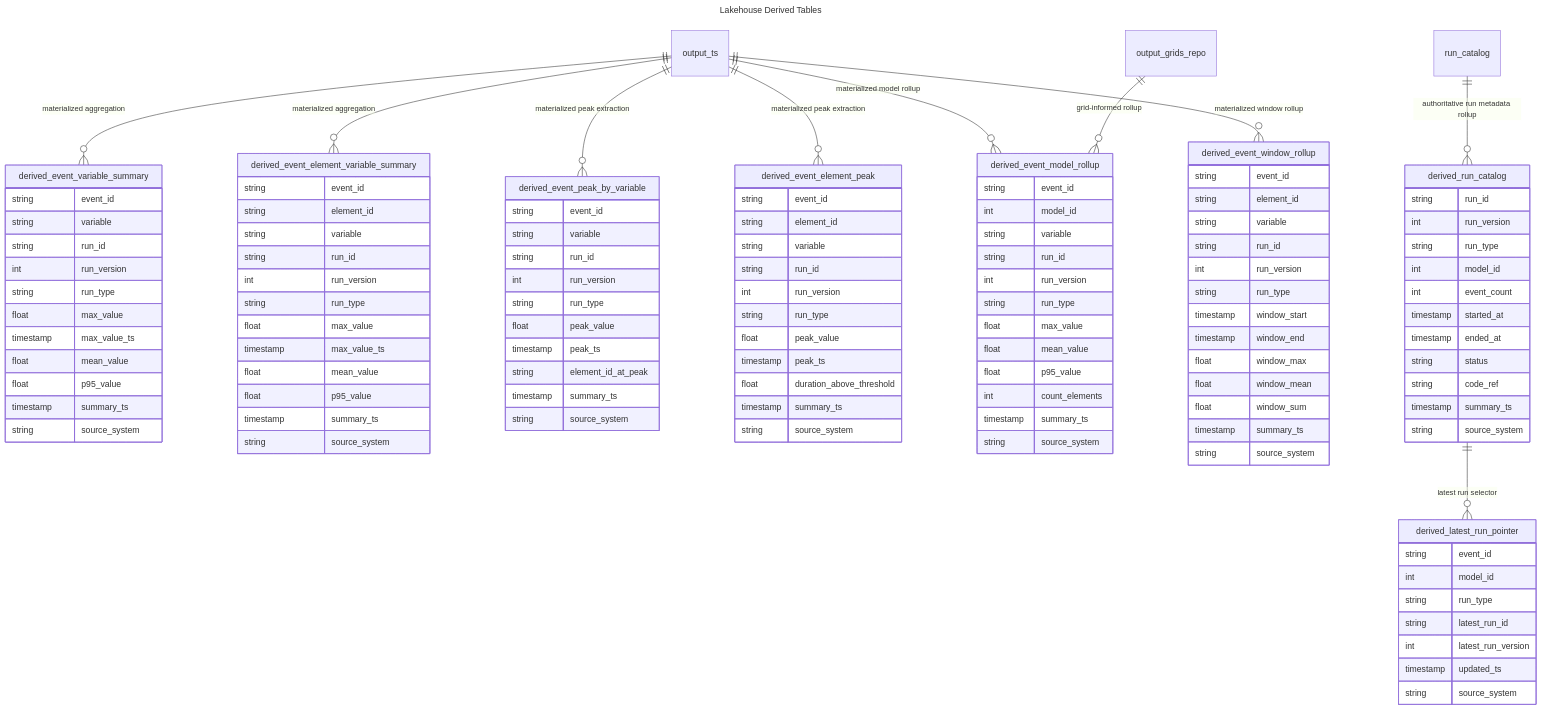
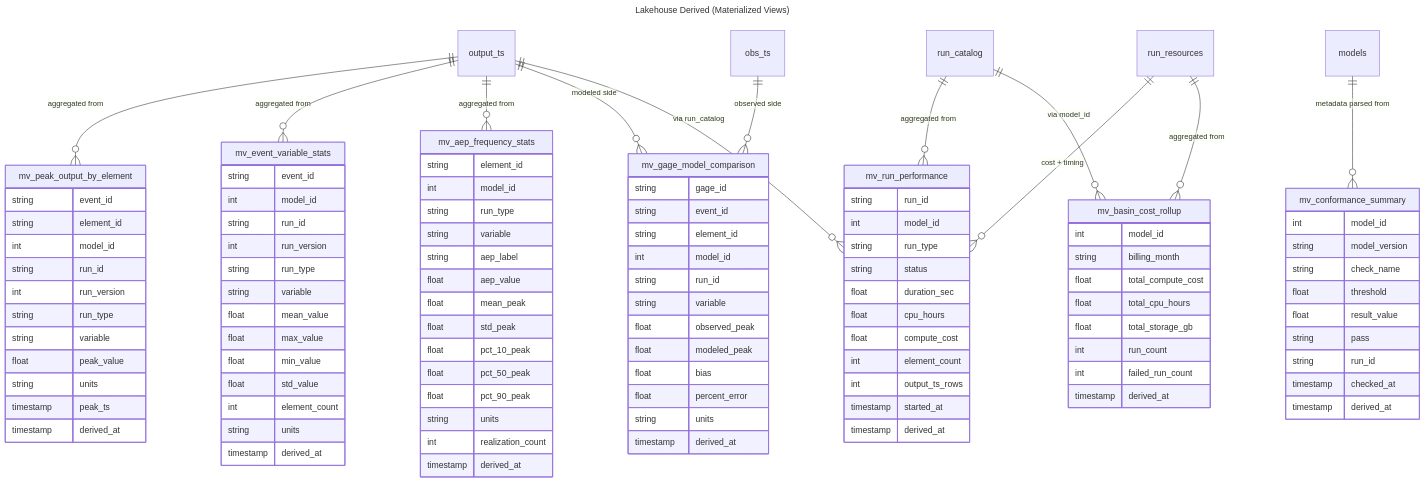
The diagram in lakehouse/derived.mmd (fema-ffrd/ffrd-data-model), drawn with Mermaid before and after one commit. The commit also changed 11 other files, not shown here.

```diff
--- a/lakehouse/derived.mmd
+++ b/lakehouse/derived.mmd
@@ -1,154 +1,179 @@
 ---
-title: Lakehouse Derived Tables
+title: Lakehouse Derived (Materialized Views)
 ---
 
 erDiagram
-    %% This diagram contains only derived/materialized tables.
-    %% These are regenerated from source-of-truth tables and are not authoritative raw records.
-    %% Source lineage:
-    %%  - output_ts is the primary source for all variable summaries.
-    %%  - output_grids_repo can contribute to derived grid-level summaries.
-    %%  - run_catalog is the authoritative source for run metadata.
-    %% Physical design:
-    %%  - derived_event_variable_summary: partition bucket(512, event_id), variable; sort event_id, variable, run_type, run_version
-    %%  - derived_event_element_variable_summary: partition bucket(512, event_id), variable; sort event_id, element_id, variable, run_type, run_version
-    %%  - derived_event_peak_by_variable: partition bucket(512, event_id), variable; sort event_id, variable, run_type, run_version
-    %%  - derived_event_element_peak: partition bucket(512, event_id), variable; sort event_id, element_id, variable, run_type, run_version
-    %%  - derived_event_model_rollup: partition bucket(512, event_id), variable; sort event_id, model_id, variable, run_type, run_version
-    %%  - derived_event_window_rollup: partition bucket(512, event_id), variable; sort event_id, element_id, variable, window_start
-    %%  - derived_run_catalog: partition run_type; sort run_type, model_id, started_at
-    %%  - derived_latest_run_pointer: partition run_type; sort event_id, model_id, run_type
-    %% Freshness and rebuild guidance:
-    %%  - Rebuild cadence: per completed run (incremental by run_id) or by run batch...TBD.
-    %%  - Late data handling: overwrite/merge by run_id + run_version.
-    %%  - Derived tables are safe to fully regenerate when logic changes.
+    %% Derived tables are materialized from source Iceberg tables.
+    %% They are NOT source-of-truth — they are read-optimized aggregations regenerated on demand.
+    %% Each table notes: source tables, refresh trigger, partition/sort strategy, and user stories served.
+    %% mv_peak_output_by_element
+    %%   Source: output_ts
+    %%   Grain: one row per (event_id, element_id, variable, run_id, run_version)
+    %%   Refresh: after each run_catalog batch commit
+    %%   Partition: bucket(512, event_id), variable
+    %%   Sort: event_id, element_id, variable
+    %%   Stories: 15 (obs vs modeled), 24 (HMS vs RAS flows), 28 (trace hazard contributors)
+    %% mv_event_variable_stats
+    %%   Source: output_ts
+    %%   Grain: one row per (event_id, variable, run_type, run_version)
+    %%   Refresh: after each run batch commit
+    %%   Partition: bucket(512, event_id), variable
+    %%   Sort: event_id, variable, run_type, run_version
+    %%   Stories: 6 (event filtering stats), 32 (basin-level risk summary)
+    %% mv_aep_frequency_stats
+    %%   Source: output_ts joined to events (realization_id)
+    %%   Grain: one row per (element_id, variable, aep_label, run_type)
+    %%   Refresh: after full realization ensemble is committed
+    %%   Partition: variable, aep_label
+    %%   Sort: element_id, variable, aep_label
+    %%   Stories: 28 (trace hazard result), 31 (uncertainty bounds), 32 (standard frequency risk)
+    %% mv_gage_model_comparison
+    %%   Source: output_ts joined to obs_ts via model_elements.gage_id
+    %%   Grain: one row per (gage_id, event_id, variable, run_id)
+    %%   Refresh: when obs_ts or output_ts are updated for co-located gages
+    %%   Partition: bucket(256, gage_id), variable
+    %%   Sort: gage_id, variable, event_id
+    %%   Stories: 15 (observed vs computed comparison)
+    %% mv_run_performance
+    %%   Source: run_catalog joined to run_resources
+    %%   Grain: one row per (run_id, model_id)
+    %%   Refresh: after each run_catalog + run_resources write
+    %%   Partition: run_type, status
+    %%   Sort: model_id, started_at
+    %%   Stories: 2 (reliability and performance), 3 (hotfix identification)
+    %% mv_basin_cost_rollup
+    %%   Source: run_resources joined to run_catalog and models
+    %%   Grain: one row per (model_id, billing_month)
+    %%   Refresh: daily or on-demand
+    %%   Partition: billing_month
+    %%   Sort: model_id, billing_month
+    %%   Stories: 4 (basin cost, MTD spend, projected cost)
+    %% mv_conformance_summary
+    %%   Source: models.metadata_json (parsed) joined to run_catalog
+    %%   Grain: one row per (model_id, model_version, check_name)
+    %%   Refresh: when model metadata is updated after conformance gate review
+    %%   Partition: model_id
+    %%   Sort: model_id, model_version, check_name
+    %%   Stories: 5 (conformance pass/fail per basin and check)
 
-    output_ts ||--o{ derived_event_variable_summary : "materialized aggregation"
-    output_ts ||--o{ derived_event_element_variable_summary : "materialized aggregation"
-    output_ts ||--o{ derived_event_peak_by_variable : "materialized peak extraction"
-    output_ts ||--o{ derived_event_element_peak : "materialized peak extraction"
-    output_ts ||--o{ derived_event_model_rollup : "materialized model rollup"
-    output_ts ||--o{ derived_event_window_rollup : "materialized window rollup"
-    run_catalog ||--o{ derived_run_catalog : "authoritative run metadata rollup"
-    derived_run_catalog ||--o{ derived_latest_run_pointer : "latest run selector"
-    output_grids_repo ||--o{ derived_event_model_rollup : "grid-informed rollup"
+    output_ts ||--o{ mv_peak_output_by_element : "aggregated from"
+    output_ts ||--o{ mv_event_variable_stats : "aggregated from"
+    output_ts ||--o{ mv_aep_frequency_stats : "aggregated from"
+    output_ts ||--o{ mv_gage_model_comparison : "modeled side"
+    obs_ts ||--o{ mv_gage_model_comparison : "observed side"
+    output_ts ||--o{ mv_run_performance : "via run_catalog"
+    run_catalog ||--o{ mv_run_performance : "aggregated from"
+    run_resources ||--o{ mv_run_performance : "cost + timing"
+    run_resources ||--o{ mv_basin_cost_rollup : "aggregated from"
+    run_catalog ||--o{ mv_basin_cost_rollup : "via model_id"
+    models ||--o{ mv_conformance_summary : "metadata parsed from"
 
     output_ts {
     }
-
-    output_grids_repo {
+    obs_ts {
+    }
+    run_catalog {
+    }
+    run_resources {
+    }
+    models {
     }
 
-    run_catalog {
-    }
-
-    derived_event_variable_summary {
+    mv_peak_output_by_element {
         string event_id
-        string variable
+        string element_id
+        int model_id
         string run_id
         int run_version
         string run_type
-        float max_value
-        timestamp max_value_ts
-        float mean_value
-        float p95_value
-        timestamp summary_ts
-        string source_system
+        string variable
+        float peak_value
+        string units
+        timestamp peak_ts
+        timestamp derived_at
     }
 
-    derived_event_element_variable_summary {
+    mv_event_variable_stats {
         string event_id
-        string element_id
-        string variable
+        int model_id
         string run_id
         int run_version
         string run_type
+        string variable
+        float mean_value
         float max_value
-        timestamp max_value_ts
-        float mean_value
-        float p95_value
-        timestamp summary_ts
-        string source_system
+        float min_value
+        float std_value
+        int element_count
+        string units
+        timestamp derived_at
     }
 
-    derived_event_peak_by_variable {
-        string event_id
+    mv_aep_frequency_stats {
+        string element_id
+        int model_id
+        string run_type
         string variable
-        string run_id
-        int run_version
-        string run_type
-        float peak_value
-        timestamp peak_ts
-        string element_id_at_peak
-        timestamp summary_ts
-        string source_system
+        string aep_label
+        float aep_value
+        float mean_peak
+        float std_peak
+        float pct_10_peak
+        float pct_50_peak
+        float pct_90_peak
+        string units
+        int realization_count
+        timestamp derived_at
     }
 
-    derived_event_element_peak {
+    mv_gage_model_comparison {
+        string gage_id
         string event_id
         string element_id
+        int model_id
+        string run_id
         string variable
-        string run_id
-        int run_version
-        string run_type
-        float peak_value
-        timestamp peak_ts
-        float duration_above_threshold
-        timestamp summary_ts
-        string source_system
+        float observed_peak
+        float modeled_peak
+        float bias
+        float percent_error
+        string units
+        timestamp derived_at
     }
 
-    derived_event_model_rollup {
-        string event_id
+    mv_run_performance {
+        string run_id
         int model_id
-        string variable
-        string run_id
-        int run_version
         string run_type
-        float max_value
-        float mean_value
-        float p95_value
-        int count_elements
-        timestamp summary_ts
-        string source_system
+        string status
+        float duration_sec
+        float cpu_hours
+        float compute_cost
+        int element_count
+        int output_ts_rows
+        timestamp started_at
+        timestamp derived_at
     }
 
-    derived_event_window_rollup {
-        string event_id
-        string element_id
-        string variable
-        string run_id
-        int run_version
-        string run_type
-        timestamp window_start
-        timestamp window_end
-        float window_max
-        float window_mean
-        float window_sum
-        timestamp summary_ts
-        string source_system
+    mv_basin_cost_rollup {
+        int model_id
+        string billing_month
+        float total_compute_cost
+        float total_cpu_hours
+        float total_storage_gb
+        int run_count
+        int failed_run_count
+        timestamp derived_at
     }
 
-    derived_run_catalog {
+    mv_conformance_summary {
+        int model_id
+        string model_version
+        string check_name
+        float threshold
+        float result_value
+        string pass
         string run_id
-        int run_version
-        string run_type
-        int model_id
-        int event_count
-        timestamp started_at
-        timestamp ended_at
-        string status
-        string code_ref
-        timestamp summary_ts
-        string source_system
+        timestamp checked_at
+        timestamp derived_at
     }
-
-    derived_latest_run_pointer {
-        string event_id
-        int model_id
-        string run_type
-        string latest_run_id
-        int latest_run_version
-        timestamp updated_ts
-        string source_system
-    }
```
